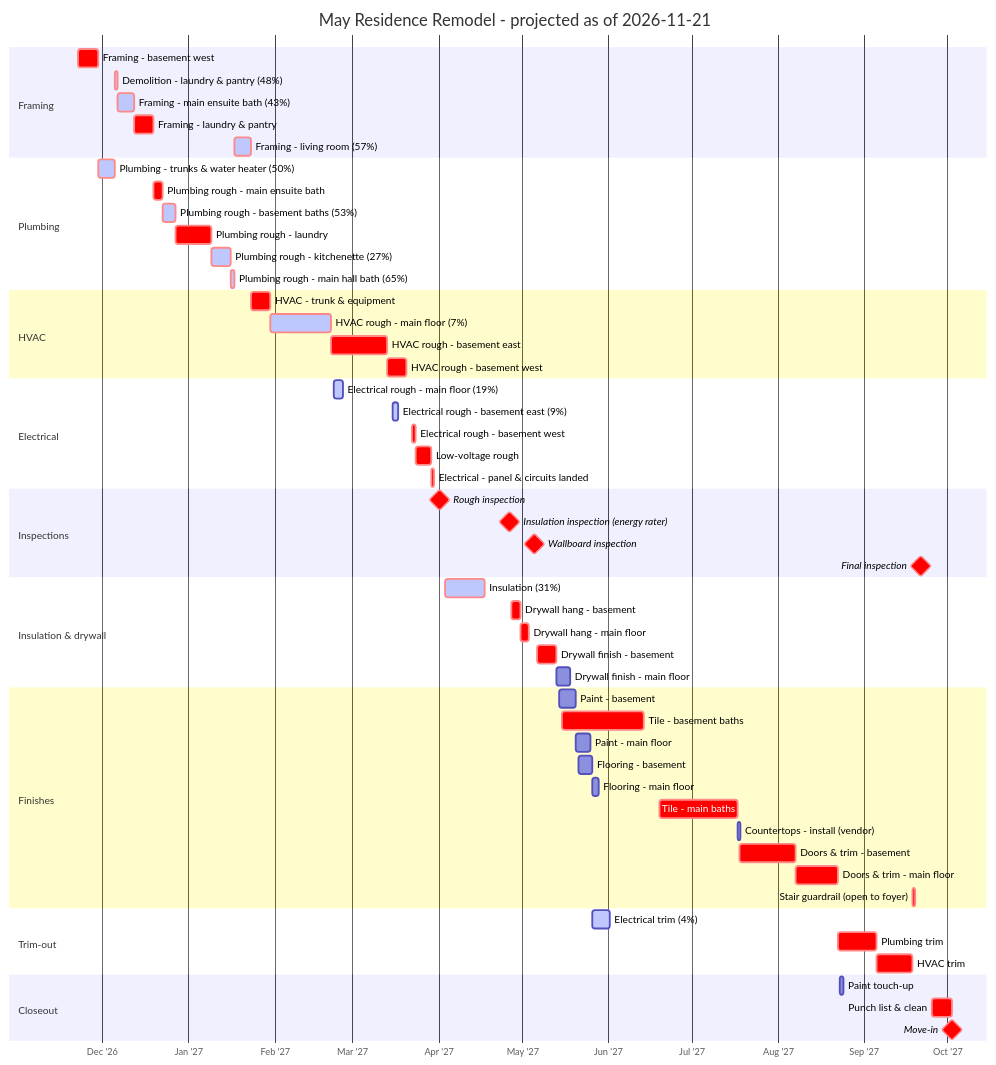
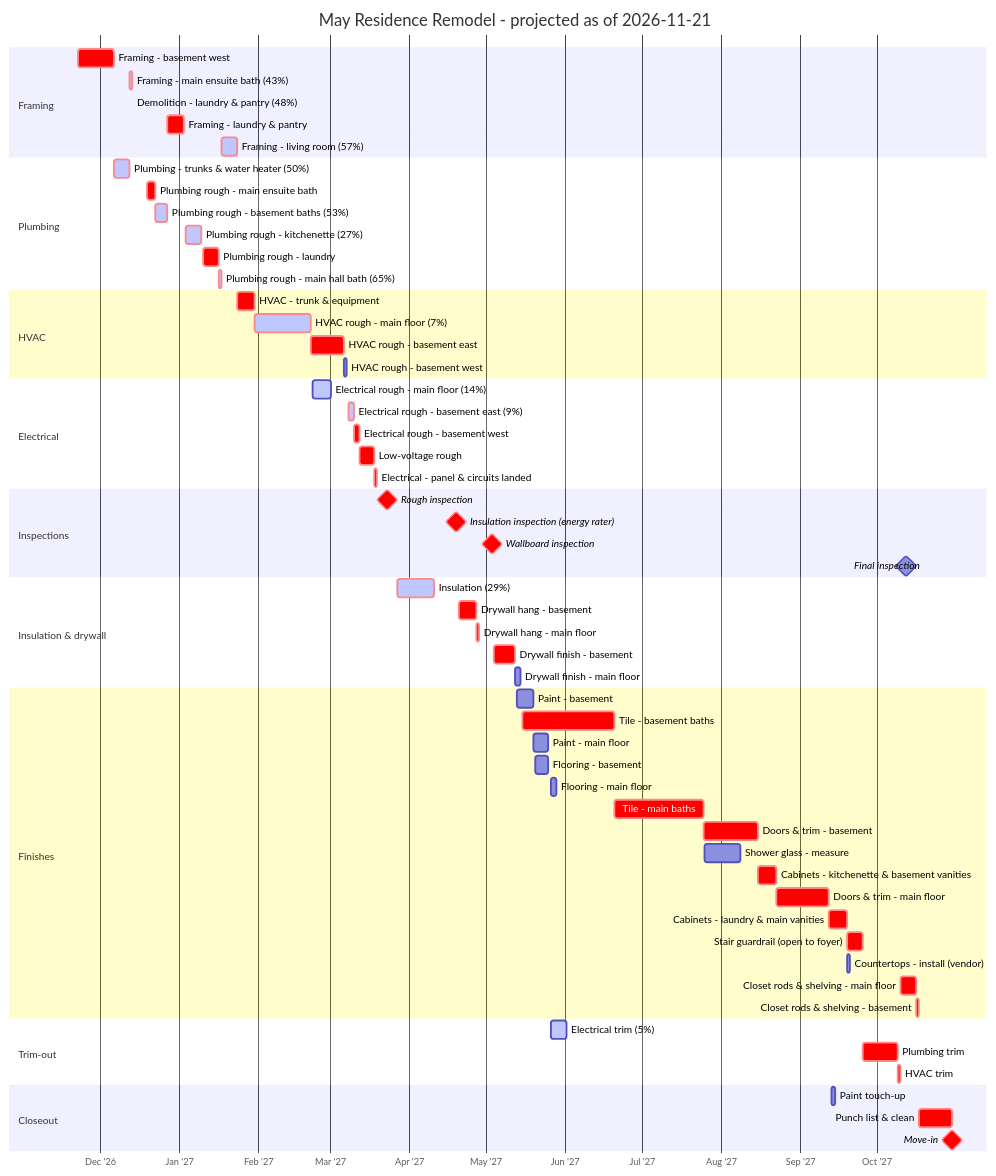
The diagram in SCHEDULE.md (jsharkey/billings), drawn with Mermaid before and after one commit. The commit also changed other lines of this file and 3 other files, not shown here.

````diff
--- a/SCHEDULE.md
+++ b/SCHEDULE.md
@@ -17,62 +17,67 @@
 ```mermaid
 gantt
     title May Residence Remodel - projected as of 2026-11-21
     dateFormat YYYY-MM-DD HH:mm
     axisFormat %b '%y
     tickInterval 1month
     todayMarker off
     section Framing
-    Framing - basement west :crit, fram_bsmt_west, 2026-11-22 08:00, 2026-11-29 11:48
-    Demolition - laundry & pantry (48%) :active, crit, demo_main_laundry, 2026-12-05 15:48, 2026-12-06 13:00
-    Framing - main ensuite bath (43%) :active, crit, fram_main_s_bath, 2026-12-06 13:00, 2026-12-12 11:24
-    Framing - laundry & pantry :crit, fram_main_laundry, 2026-12-12 11:24, 2026-12-19 09:24
-    Framing - living room (57%) :active, crit, fram_main_living, 2027-01-17 10:24, 2027-01-23 09:36
+    Framing - basement west :crit, fram_bsmt_west, 2026-11-22 08:00, 2026-12-06 08:24
+    Framing - main ensuite bath (43%) :active, crit, fram_main_s_bath, 2026-12-12 12:24, 2026-12-13 10:48
+    Demolition - laundry & pantry (48%) :active, crit, demo_main_laundry, 2026-12-13 10:48, 2026-12-13 16:00
+    Framing - laundry & pantry :crit, fram_main_laundry, 2026-12-27 10:00, 2027-01-02 16:00
+    Framing - living room (57%) :active, crit, fram_main_living, 2027-01-17 13:00, 2027-01-23 12:12
     section Plumbing
-    Plumbing - trunks & water heater (50%) :active, crit, plum_house, 2026-11-29 11:48, 2026-12-05 15:48
-    Plumbing rough - main ensuite bath :crit, plum_main_s_bath, 2026-12-19 09:24, 2026-12-22 15:24
-    Plumbing rough - basement baths (53%) :active, crit, plum_bsmt_baths, 2026-12-22 15:24, 2026-12-27 11:24
-    Plumbing rough - laundry :crit, plum_main_laundry, 2026-12-27 11:24, 2027-01-09 09:24
-    Plumbing rough - kitchenette (27%) :active, crit, plum_bsmt_kitchenette, 2027-01-09 09:24, 2027-01-16 09:24
-    Plumbing rough - main hall bath (65%) :active, crit, plum_main_n_bath, 2027-01-16 09:24, 2027-01-17 10:24
+    Plumbing - trunks & water heater (50%) :active, crit, plum_house, 2026-12-06 08:24, 2026-12-12 12:24
+    Plumbing rough - main ensuite bath :crit, plum_main_s_bath, 2026-12-19 08:00, 2026-12-22 14:00
+    Plumbing rough - basement baths (53%) :active, crit, plum_bsmt_baths, 2026-12-22 14:00, 2026-12-27 10:00
+    Plumbing rough - kitchenette (27%) :active, crit, plum_bsmt_kitchenette, 2027-01-03 08:00, 2027-01-09 16:00
+    Plumbing rough - laundry :crit, plum_main_laundry, 2027-01-10 08:00, 2027-01-16 12:00
+    Plumbing rough - main hall bath (65%) :active, crit, plum_main_n_bath, 2027-01-16 12:00, 2027-01-17 13:00
     section HVAC
-    HVAC - trunk & equipment :crit, hvac_house, 2027-01-23 09:36, 2027-01-30 09:36
-    HVAC rough - main floor (7%) :active, crit, hvac_main, 2027-01-30 09:36, 2027-02-21 09:36
-    HVAC rough - basement east :crit, hvac_bsmt_east, 2027-02-21 09:36, 2027-03-13 09:36
-    HVAC rough - basement west :crit, hvac_bsmt_west, 2027-03-13 09:36, 2027-03-20 09:36
+    HVAC - trunk & equipment :crit, hvac_house, 2027-01-23 12:12, 2027-01-30 12:12
+    HVAC rough - main floor (7%) :active, crit, hvac_main, 2027-01-30 12:12, 2027-02-21 12:12
+    HVAC rough - basement east :crit, hvac_bsmt_east, 2027-02-21 12:12, 2027-03-06 12:12
+    HVAC rough - basement west :hvac_bsmt_west, 2027-03-06 12:12, 2027-03-07 12:12
     section Electrical
-    Electrical rough - main floor (19%) :active, elec_main, 2027-02-22 08:00, 2027-02-25 12:19
-    Electrical rough - basement east (9%) :active, elec_bsmt_east, 2027-03-15 08:00, 2027-03-17 12:05
-    Electrical rough - basement west :crit, elec_bsmt_west, 2027-03-22 08:00, 2027-03-23 14:48
-    Low-voltage rough :crit, lowv_all, 2027-03-23 14:48, 2027-03-29 08:48
-    Electrical - panel & circuits landed :crit, elec_panel, 2027-03-29 08:48, 2027-03-30 12:48
+    Electrical rough - main floor (14%) :active, elec_main, 2027-02-22 08:00, 2027-03-01 08:34
+    Electrical rough - basement east (9%) :active, crit, elec_bsmt_east, 2027-03-08 08:00, 2027-03-10 12:48
+    Electrical rough - basement west :crit, elec_bsmt_west, 2027-03-10 12:48, 2027-03-12 15:12
+    Low-voltage rough :crit, lowv_all, 2027-03-12 15:12, 2027-03-18 09:12
+    Electrical - panel & circuits landed :crit, elec_panel, 2027-03-18 09:12, 2027-03-19 13:12
     section Inspections
-    Rough inspection :milestone, crit, insp_rough, 2027-04-01 12:00, 0d
-    Insulation inspection (energy rater) :milestone, crit, insp_insl, 2027-04-26 12:00, 0d
-    Wallboard inspection :milestone, crit, insp_board, 2027-05-05 12:00, 0d
-    Final inspection :milestone, crit, insp_final, 2027-09-21 12:00, 0d
+    Rough inspection :milestone, crit, insp_rough, 2027-03-23 12:00, 0d
+    Insulation inspection (energy rater) :milestone, crit, insp_insl, 2027-04-19 12:00, 0d
+    Wallboard inspection :milestone, crit, insp_board, 2027-05-03 12:00, 0d
+    Final inspection :milestone, insp_final, 2027-10-12 12:00, 0d
     section Insulation & drywall
-    Insulation (31%) :active, crit, insl_all, 2027-04-03 08:00, 2027-04-17 12:00
-    Drywall hang - basement :crit, dryw_hang_bsmt, 2027-04-27 08:00, 2027-04-30 09:46
-    Drywall hang - main floor :crit, dryw_hang_main, 2027-04-30 09:46, 2027-05-03 13:10
-    Drywall finish - basement :crit, dryw_fin_bsmt, 2027-05-06 08:00, 2027-05-13 12:10
-    Drywall finish - main floor :dryw_fin_main, 2027-05-13 12:10, 2027-05-18 09:46
+    Insulation (29%) :active, crit, insl_all, 2027-03-27 08:00, 2027-04-10 16:00
+    Drywall hang - basement :crit, dryw_hang_bsmt, 2027-04-20 08:00, 2027-04-27 08:29
+    Drywall hang - main floor :crit, dryw_hang_main, 2027-04-27 08:29, 2027-04-28 11:53
+    Drywall finish - basement :crit, dryw_fin_bsmt, 2027-05-04 08:00, 2027-05-12 09:26
+    Drywall finish - main floor :dryw_fin_main, 2027-05-12 09:26, 2027-05-14 15:02
     section Finishes
-    Paint - basement :pant_bsmt, 2027-05-14 08:00, 2027-05-20 08:02
-    Tile - basement baths :crit, tile_bsmt_baths, 2027-05-15 08:00, 2027-06-13 16:00
-    Paint - main floor :pant_main, 2027-05-20 08:02, 2027-05-25 15:22
-    Flooring - basement :flor_bsmt, 2027-05-21 08:00, 2027-05-26 08:38
-    Flooring - main floor :flor_main, 2027-05-26 08:38, 2027-05-28 16:00
-    Tile - main baths :crit, tile_main_baths, 2027-06-19 08:00, 2027-07-17 16:00
-    Countertops - install (vendor) :ctop_install, 2027-07-17 16:00, 2027-07-18 16:00
-    Doors & trim - basement :crit, trim_bsmt, 2027-07-18 08:00, 2027-08-07 12:10
-    Doors & trim - main floor :crit, trim_main, 2027-08-07 12:10, 2027-08-22 13:55
-    Stair guardrail (open to foyer) :crit, rail_stair, 2027-09-18 09:55, 2027-09-19 13:55
+    Paint - basement :pant_bsmt, 2027-05-13 08:00, 2027-05-19 12:00
+    Tile - basement baths :crit, tile_bsmt_baths, 2027-05-15 08:00, 2027-06-20 12:00
+    Paint - main floor :pant_main, 2027-05-19 12:00, 2027-05-25 11:19
+    Flooring - basement :flor_bsmt, 2027-05-20 08:00, 2027-05-25 12:10
+    Flooring - main floor :flor_main, 2027-05-26 08:00, 2027-05-28 15:22
+    Tile - main baths :crit, tile_main_baths, 2027-06-20 12:00, 2027-07-25 10:00
+    Doors & trim - basement :crit, trim_bsmt, 2027-07-25 10:00, 2027-08-15 11:26
+    Shower glass - measure :glas_showers, 2027-07-25 16:00, 2027-08-08 16:00
+    Cabinets - kitchenette & basement vanities :crit, cabs_bsmt, 2027-08-15 11:26, 2027-08-22 15:26
+    Doors & trim - main floor :crit, trim_main, 2027-08-22 15:26, 2027-09-12 09:12
+    Cabinets - laundry & main vanities :crit, cabs_main, 2027-09-12 09:12, 2027-09-19 09:12
+    Stair guardrail (open to foyer) :crit, rail_stair, 2027-09-19 09:12, 2027-09-25 13:12
+    Countertops - install (vendor) :ctop_install, 2027-09-19 16:00, 2027-09-20 16:00
+    Closet rods & shelving - main floor :crit, clos_main, 2027-10-10 10:11, 2027-10-16 14:11
+    Closet rods & shelving - basement :crit, clos_bsmt, 2027-10-16 14:11, 2027-10-17 14:11
     section Trim-out
-    Electrical trim (4%) :active, elec_trim, 2027-05-26 08:00, 2027-06-01 14:24
-    Plumbing trim :crit, plum_trim, 2027-08-22 13:55, 2027-09-05 09:55
-    HVAC trim :crit, hvac_trim, 2027-09-05 09:55, 2027-09-18 09:55
+    Electrical trim (5%) :active, elec_trim, 2027-05-26 08:00, 2027-06-01 13:46
+    Plumbing trim :crit, plum_trim, 2027-09-25 13:12, 2027-10-09 09:12
+    HVAC trim :crit, hvac_trim, 2027-10-09 09:12, 2027-10-10 10:11
     section Closeout
-    Paint touch-up :pant_touchup, 2027-08-23 08:00, 2027-08-24 16:00
-    Punch list & clean :crit, punch_clean, 2027-09-25 08:00, 2027-10-02 16:00
-    Move-in :milestone, crit, mile_movein, 2027-10-02 16:00, 0d
+    Paint touch-up :pant_touchup, 2027-09-13 08:00, 2027-09-14 16:00
+    Punch list & clean :crit, punch_clean, 2027-10-17 14:11, 2027-10-30 14:11
+    Move-in :milestone, crit, mile_movein, 2027-10-30 14:11, 0d
 ```
````
